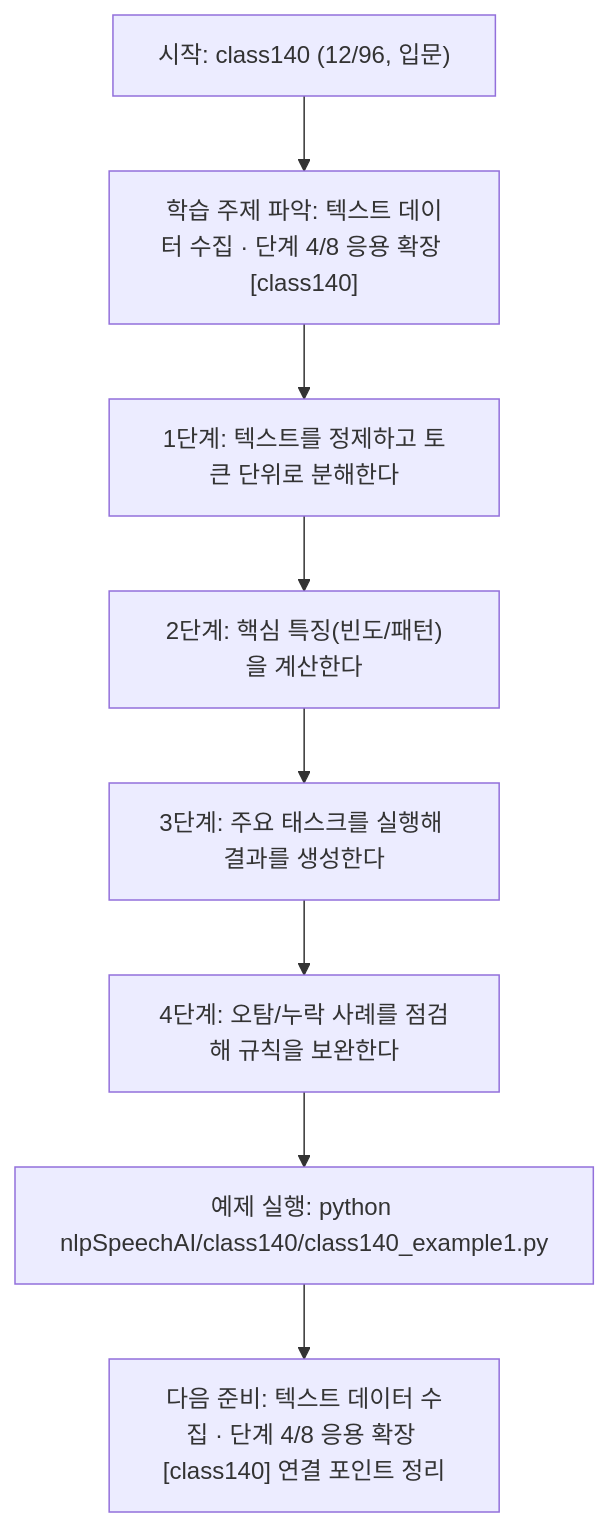
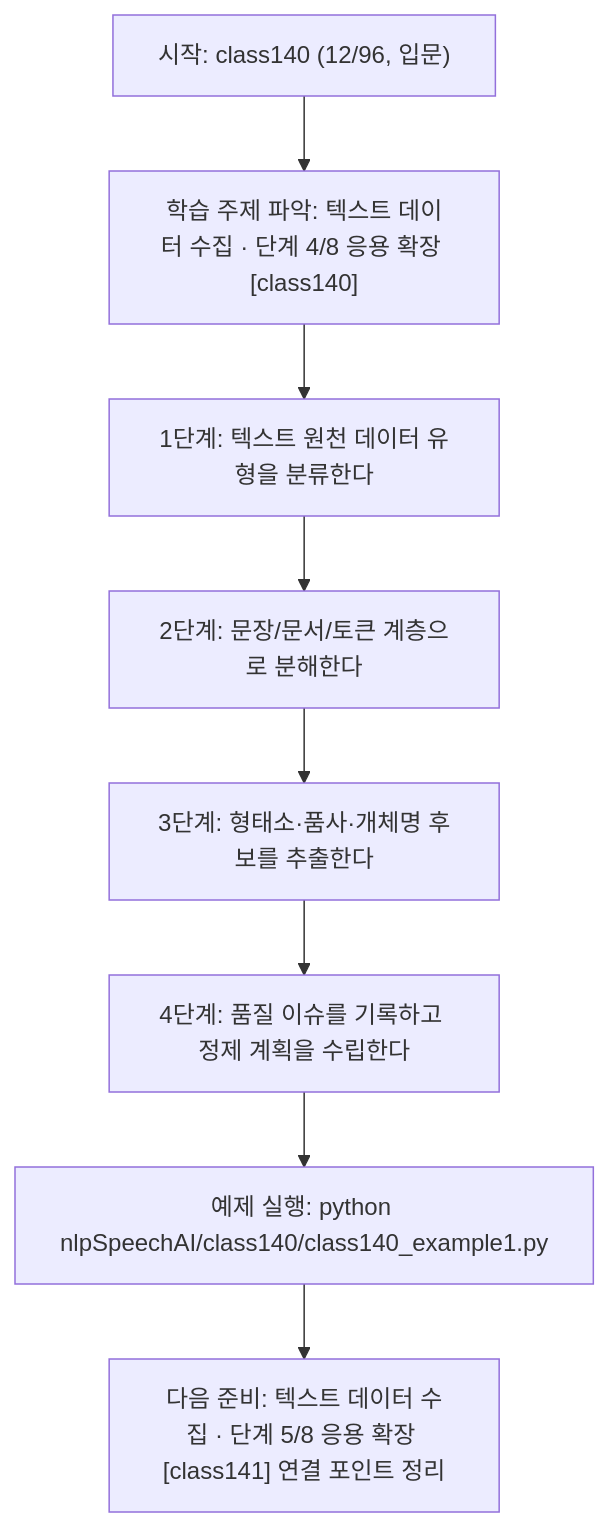
One commit to edumgt/Python-AI_Agent-Class changed the diagram in nlpSpeechAI/class140/class140.md. Above: the diagram before and after it, drawn with Mermaid. The commit also changed other lines of this file and 1122 other files, not shown here.

````diff
--- a/nlpSpeechAI/class140/class140.md
+++ b/nlpSpeechAI/class140/class140.md
@@ -114,18 +95,18 @@
 ```mermaid
 flowchart TD
 N1["시작: class140 (12/96, 입문)"]
 N2["학습 주제 파악: 텍스트 데이터 수집 · 단계 4/8 응용 확장 [class140]"]
-N3["1단계: 텍스트를 정제하고 토큰 단위로 분해한다"]
-N4["2단계: 핵심 특징(빈도/패턴)을 계산한다"]
-N5["3단계: 주요 태스크를 실행해 결과를 생성한다"]
-N6["4단계: 오탐/누락 사례를 점검해 규칙을 보완한다"]
+N3["1단계: 텍스트 원천 데이터 유형을 분류한다"]
+N4["2단계: 문장/문서/토큰 계층으로 분해한다"]
+N5["3단계: 형태소·품사·개체명 후보를 추출한다"]
+N6["4단계: 품질 이슈를 기록하고 정제 계획을 수립한다"]
 N7["예제 실행: python nlpSpeechAI/class140/class140_example1.py"]
-N8["다음 준비: 텍스트 데이터 수집 · 단계 4/8 응용 확장 [class140] 연결 포인트 정리"]
+N8["다음 준비: 텍스트 데이터 수집 · 단계 5/8 응용 확장 [class141] 연결 포인트 정리"]
 N1 --> N2
 N2 --> N3
 N3 --> N4
 N4 --> N5
 N5 --> N6
 N6 --> N7
 N7 --> N8
 ```
````
